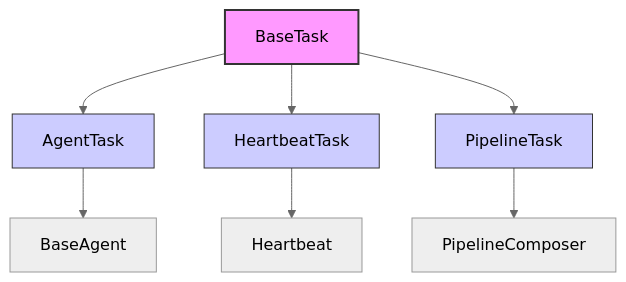
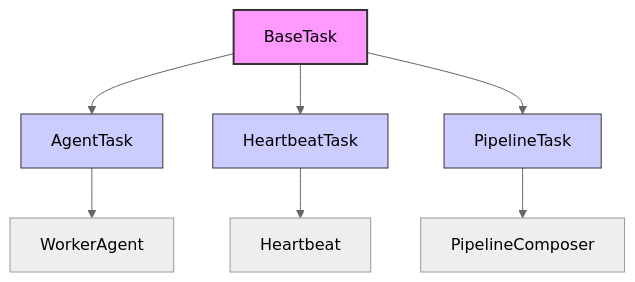
The diagram in docs/composer/BaseTask.md (openpawks/sublimate), drawn with Mermaid (neutral theme) before and after one commit. The commit also changed other lines of this file and 21 other files, not shown here.

Commit message:
refactor: rename BaseAgent to WorkerAgent for clarity, fix typos in services, begin to start writing repo & worktree management

````diff
--- a/docs/composer/BaseTask.md
+++ b/docs/composer/BaseTask.md
@@ -75,14 +75,14 @@
 ```mermaid
 graph TD
     A[BaseTask] --> B[AgentTask]
     A --> C[HeartbeatTask]
     A --> D[PipelineTask]
-    B --> E[BaseAgent]
+    B --> E[WorkerAgent]
     C --> F[Heartbeat]
     D --> G[PipelineComposer]
 
     style A fill:#f9f,stroke:#333,stroke-width:2px
     style B fill:#ccf,stroke:#333,stroke-width:1px
     style C fill:#ccf,stroke:#333,stroke-width:1px
     style D fill:#ccf,stroke:#333,stroke-width:1px
 ```
````
